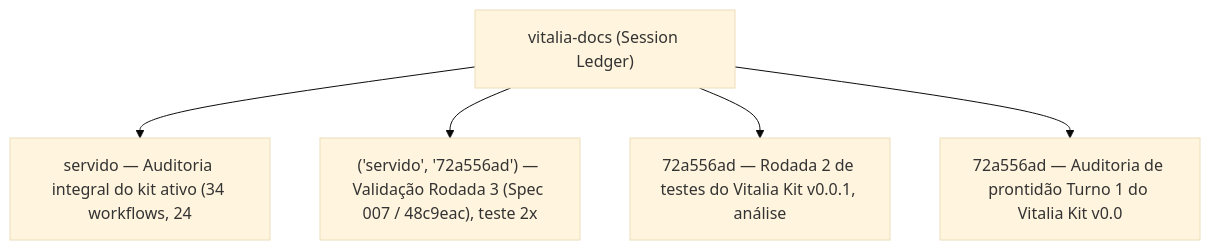
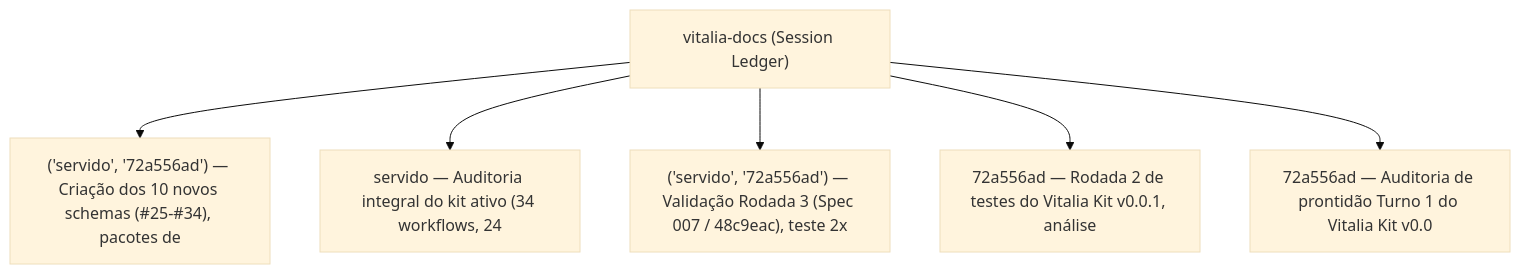
The diagram in README.md (andreticba/vitalia-docs-cntx), drawn with Mermaid (base theme) before and after one commit. The commit also changed other lines of this file and 5 other files, not shown here.

Commit message:
docs(session): close and consolidate Spec 009/010 schemas, handoffs and CONTRATOS_WORKFLOWS_SDD

````diff
--- a/README.md
+++ b/README.md
@@ -21,12 +21,14 @@
 ```mermaid
 flowchart TD
     HUB["vitalia-docs (Session Ledger)"]
-    SHARD_1["servido — Auditoria integral do kit ativo (34 workflows, 24 "]
+    SHARD_1["('servido', '72a556ad') — Criação dos 10 novos schemas (#25-#34), pacotes de"]
     HUB --> SHARD_1
-    SHARD_2["('servido', '72a556ad') — Validação Rodada 3 (Spec 007 / 48c9eac), teste 2x "]
+    SHARD_2["servido — Auditoria integral do kit ativo (34 workflows, 24 "]
     HUB --> SHARD_2
-    SHARD_3["72a556ad — Rodada 2 de testes do Vitalia Kit v0.0.1, análise "]
+    SHARD_3["('servido', '72a556ad') — Validação Rodada 3 (Spec 007 / 48c9eac), teste 2x "]
     HUB --> SHARD_3
-    SHARD_4["72a556ad — Auditoria de prontidão Turno 1 do Vitalia Kit v0.0"]
+    SHARD_4["72a556ad — Rodada 2 de testes do Vitalia Kit v0.0.1, análise "]
     HUB --> SHARD_4
+    SHARD_5["72a556ad — Auditoria de prontidão Turno 1 do Vitalia Kit v0.0"]
+    HUB --> SHARD_5
 ```
````
